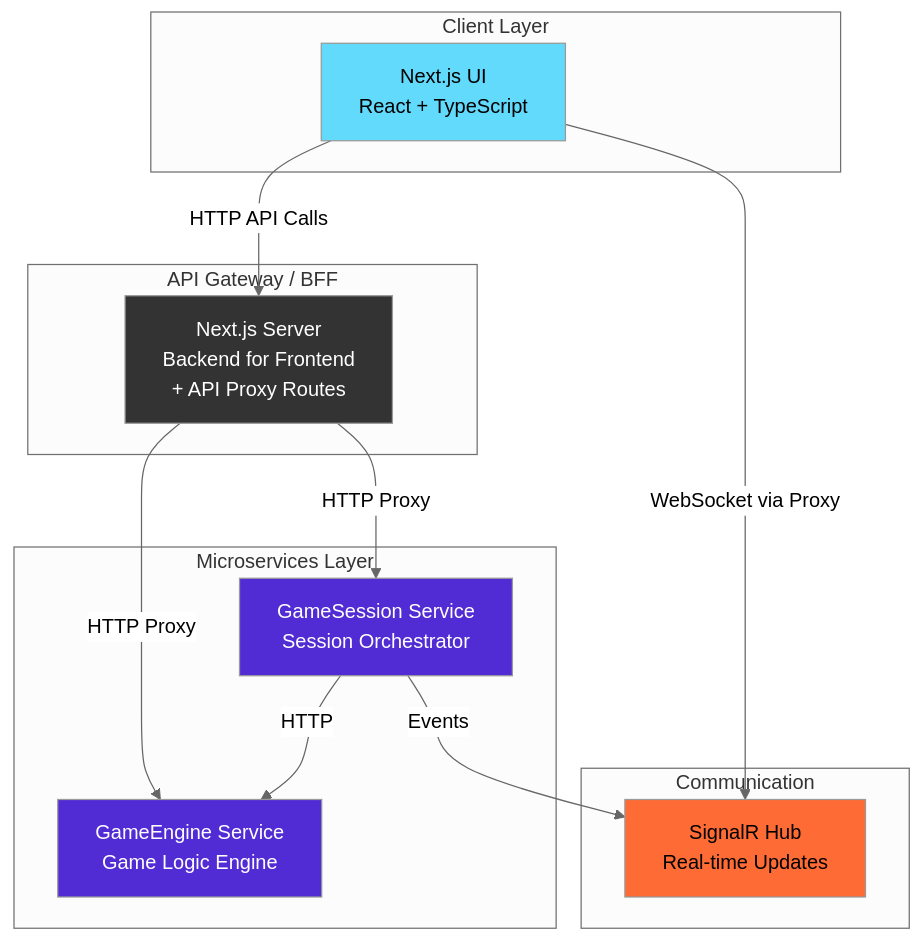
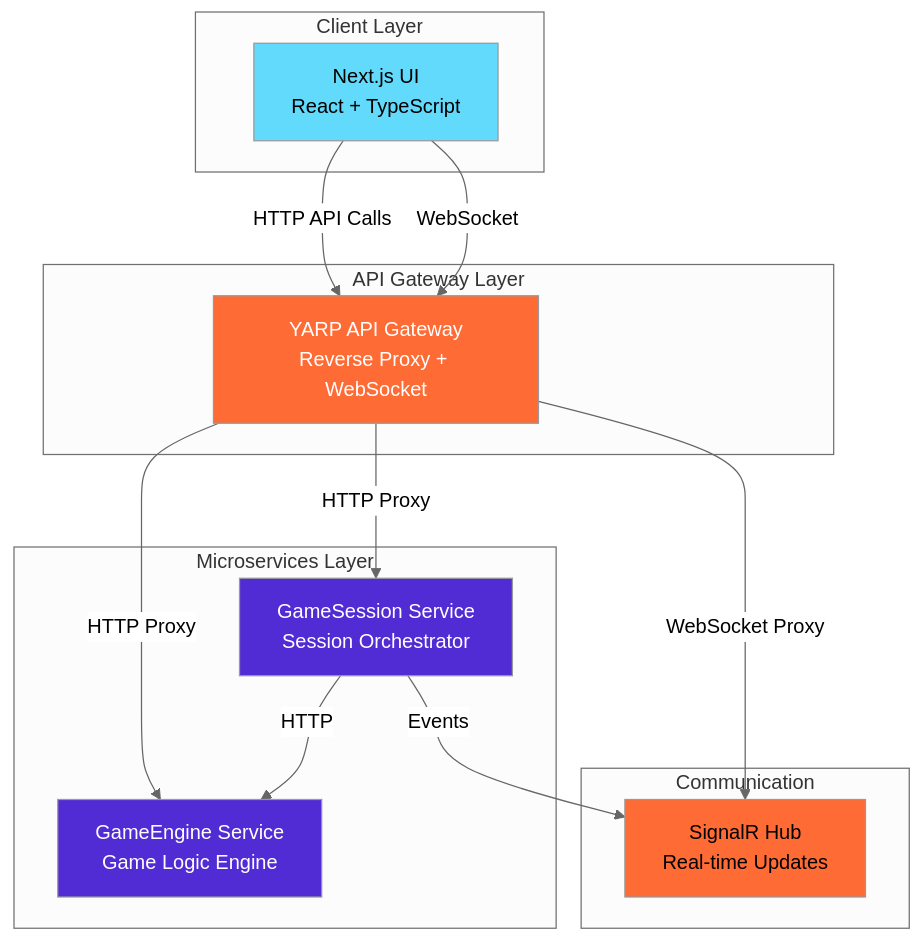
One commit to dmitrycx/TicTacToe changed the first of 4 diagrams in README.md. Above: the diagram before and after it, drawn with Mermaid (neutral theme). The commit also changed other lines of this file and 17 other files, not shown here.

First line of the commit message:
feat: Implement YARP API Gateway and align .NET SDK version

````diff
--- a/README.md
+++ b/README.md
@@ -24,32 +24,33 @@
 ```mermaid
 graph TB
     subgraph "Client Layer"
         UI[Next.js UI<br/>React + TypeScript]
     end
 
-    subgraph "API Gateway / BFF"
-        BFF[Next.js Server<br/>Backend for Frontend<br/>+ API Proxy Routes]
+    subgraph "API Gateway Layer"
+        YARP[YARP API Gateway<br/>Reverse Proxy + WebSocket]
     end
 
     subgraph "Microservices Layer"
         GS[GameSession Service<br/>Session Orchestrator]
         GE[GameEngine Service<br/>Game Logic Engine]
     end
 
     subgraph "Communication"
         SR[SignalR Hub<br/>Real-time Updates]
     end
 
-    UI -->|HTTP API Calls| BFF
-    UI -->|WebSocket via Proxy| SR
-    BFF -->|HTTP Proxy| GS
-    BFF -->|HTTP Proxy| GE
+    UI -->|HTTP API Calls| YARP
+    UI -->|WebSocket| YARP
+    YARP -->|HTTP Proxy| GS
+    YARP -->|HTTP Proxy| GE
+    YARP -->|WebSocket Proxy| SR
     GS -->|HTTP| GE
     GS -->|Events| SR
 
     style UI fill:#61DAFB
-    style BFF fill:#333,color:#fff
+    style YARP fill:#FF6B35,color:#fff
     style GS fill:#512BD4,color:#fff
     style GE fill:#512BD4,color:#fff
     style SR fill:#FF6B35
 ```
````
